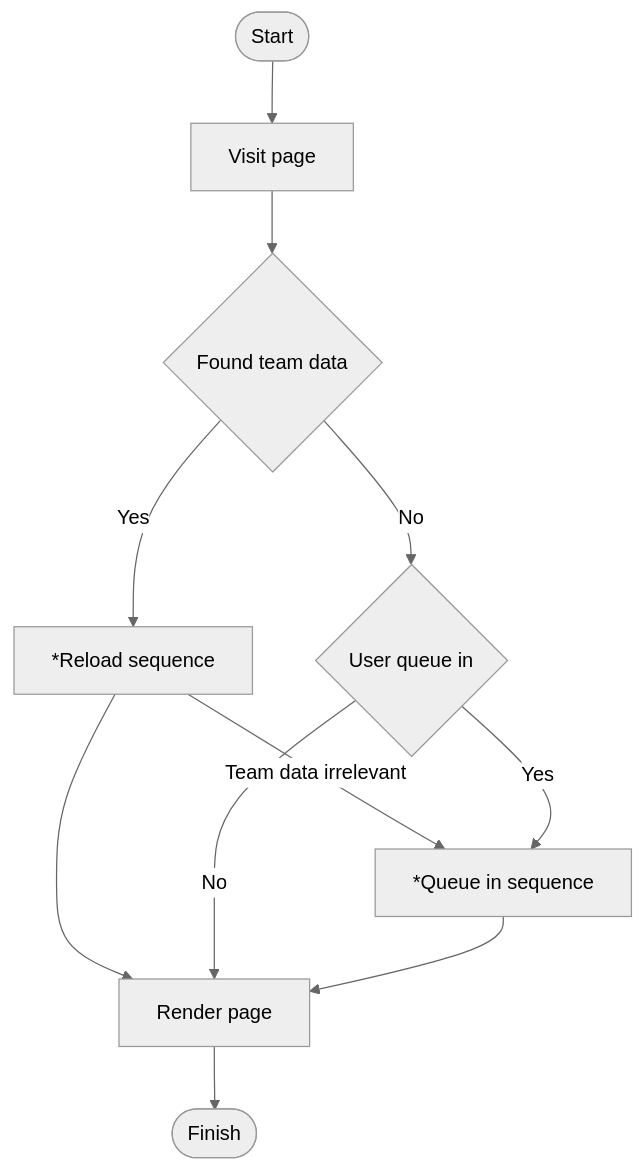
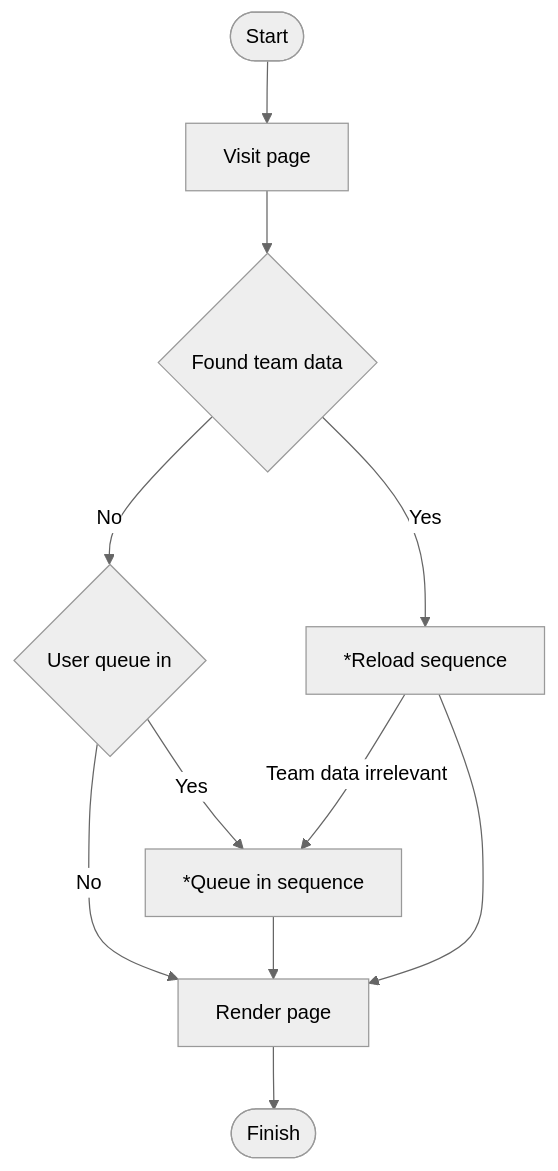
One commit to AlexFangSW/Typephoon changed the first of 5 diagrams in docs/workflows/lobby_multi.md. Above: the diagram before and after it, drawn with Mermaid (neutral theme). The commit also changed other lines of this file and 1 other file, not shown here.

````diff
--- a/docs/workflows/lobby_multi.md
+++ b/docs/workflows/lobby_multi.md
@@ -3,22 +3,22 @@
 ```mermaid
 flowchart TD
     start([Start])
     visitPage[Visit page] 
     foundTeamData{Found team data} 
     queueIn{User queue in} 
     queueInSequence[*Queue in sequence] 
     reloadSequence[*Reload sequence] 
     renderPage[Render page]
     finish([Finish])
 
     start-->visitPage
     visitPage-->foundTeamData
+    foundTeamData-- No -->queueIn
     foundTeamData-- Yes -->reloadSequence
     reloadSequence-- Team data irrelevant -->queueInSequence
     reloadSequence-->renderPage
-    foundTeamData-- No -->queueIn
     queueIn-- No -->renderPage
     queueIn-- Yes -->queueInSequence
     queueInSequence-->renderPage
     renderPage-->finish
 ```
````
